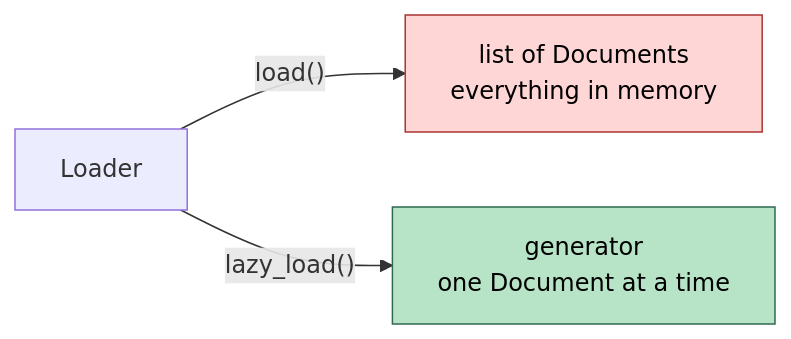
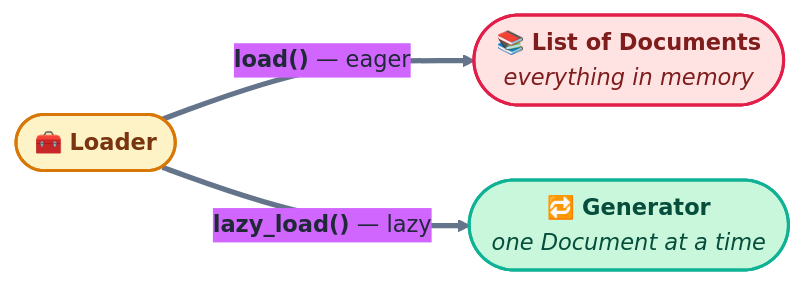
The second of 6 diagrams in README.md (Og-Brutal/langchain-rag-pipeline), drawn with Mermaid before and after one commit. The commit also changed other lines of this file, not shown here.

First line of the commit message:
docs: redesign README with polished visuals and refined diagrams

````diff
--- a/README.md
+++ b/README.md
@@ -131,8 +158,14 @@
 ```mermaid
+%%{init: {'theme':'base','themeVariables':{'primaryColor':'#FFD166','primaryTextColor':'#1F2937','primaryBorderColor':'#EAB308','lineColor':'#64748B','fontSize':'15px','fontFamily':'Inter, Segoe UI, sans-serif'}}}%%
 flowchart LR
-    L["Loader"] -->|"load()"| E["list of Documents<br/>everything in memory"]
-    L -->|"lazy_load()"| G["generator<br/>one Document at a time"]
+    L(["🧰 <b>Loader</b>"])
+    L ==>|"<b>load()</b> — eager"| E(["📚 <b>List of Documents</b><br/><i>everything in memory</i>"])
+    L ==>|"<b>lazy_load()</b> — lazy"| G(["🔁 <b>Generator</b><br/><i>one Document at a time</i>"])
 
-    style E fill:#ffd6d6,stroke:#a33,color:#000
-    style G fill:#b7e4c7,stroke:#2d6a4f,color:#000
+    classDef eager fill:#FFE3E3,stroke:#E11D48,stroke-width:2px,color:#7F1D1D
+    classDef lazy fill:#C8F7DC,stroke:#0FB295,stroke-width:2px,color:#064E3B
+    classDef loader fill:#FEF3C7,stroke:#D97706,stroke-width:2px,color:#78350F
+    class L loader
+    class E eager
+    class G lazy
 ```
````
